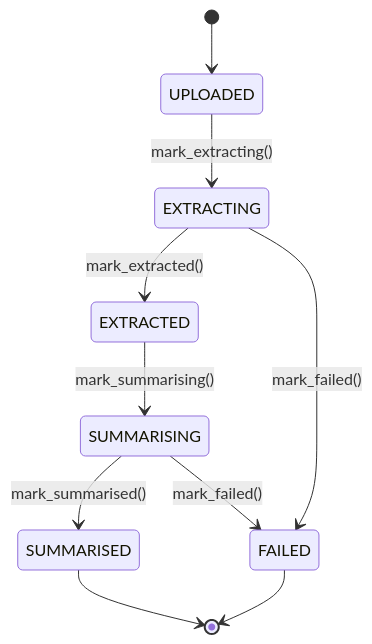
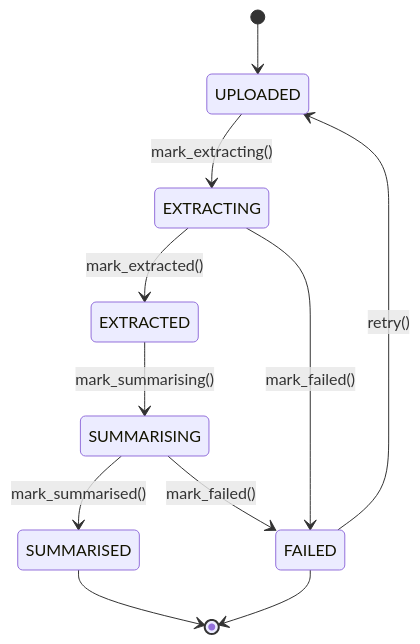
Before and after one commit to jacogro13/Cicero: the second of 9 diagrams in docs/architecture.md, drawn with Mermaid. The commit also changed other lines of this file, not shown here.

Commit message:
docs(architecture): note the retry out of FAILED

````diff
--- a/docs/architecture.md
+++ b/docs/architecture.md
@@ -81,12 +85,13 @@
 ```mermaid
 stateDiagram-v2
     [*] --> UPLOADED
     UPLOADED --> EXTRACTING: mark_extracting()
     EXTRACTING --> EXTRACTED: mark_extracted()
     EXTRACTED --> SUMMARISING: mark_summarising()
     SUMMARISING --> SUMMARISED: mark_summarised()
     EXTRACTING --> FAILED: mark_failed()
     SUMMARISING --> FAILED: mark_failed()
+    FAILED --> UPLOADED: retry()
     SUMMARISED --> [*]
     FAILED --> [*]
 ```
````
